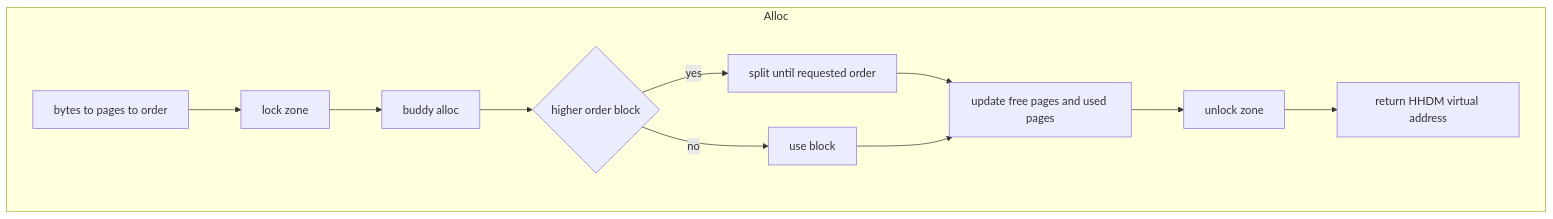
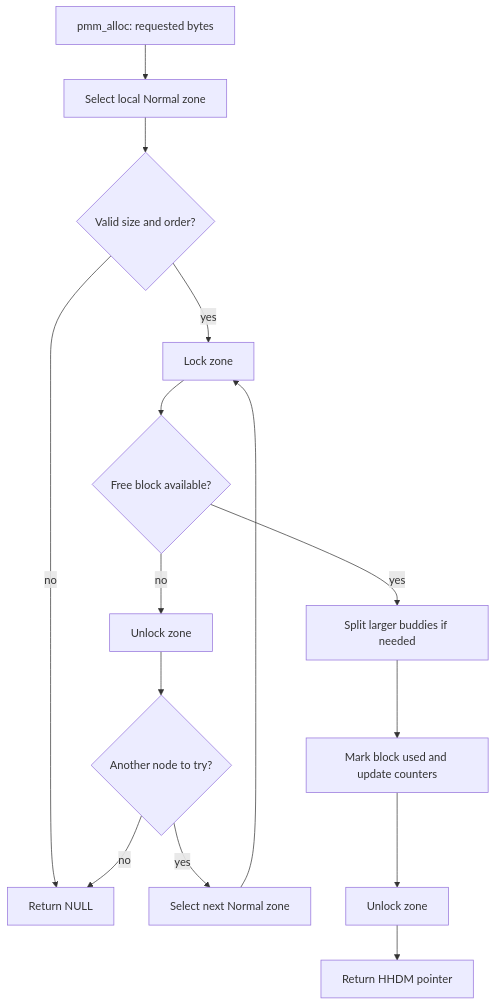
One commit to marwan475/Arx changed the second of 11 diagrams in docs/DIAGRAMS.md. Above: the diagram before and after it, drawn with Mermaid. The commit also changed other lines of this file and 12 other files, not shown here.

Commit message:
update platform diagrams

````diff
--- a/docs/DIAGRAMS.md
+++ b/docs/DIAGRAMS.md
@@ -25,14 +31,19 @@
 ```mermaid
-flowchart TD
-    subgraph Alloc
-        K[bytes to pages to order] --> L[lock zone]
-        L --> M[buddy alloc]
-        M --> N{higher order block}
-        N -- yes --> O[split until requested order]
-        N -- no --> P[use block]
-        O --> Q[update free pages and used pages]
-        P --> Q
-        Q --> R[unlock zone]
-        R --> S[return HHDM virtual address]
-    end
+flowchart TB
+    accTitle: Physical memory allocation
+    accDescr: Try the local Normal zone, then remote zones, splitting buddy blocks as needed.
+    A[pmm_alloc: requested bytes] --> B[Select local Normal zone]
+    B --> C{Valid size and order?}
+    C -- no --> X[Return NULL]
+    C -- yes --> D[Lock zone]
+    D --> E{Free block available?}
+    E -- no --> F[Unlock zone]
+    F --> G{Another node to try?}
+    G -- yes --> H[Select next Normal zone]
+    H --> D
+    G -- no --> X
+    E -- yes --> I[Split larger buddies if needed]
+    I --> J[Mark block used and update counters]
+    J --> K[Unlock zone]
+    K --> L[Return HHDM pointer]
 ```
````
